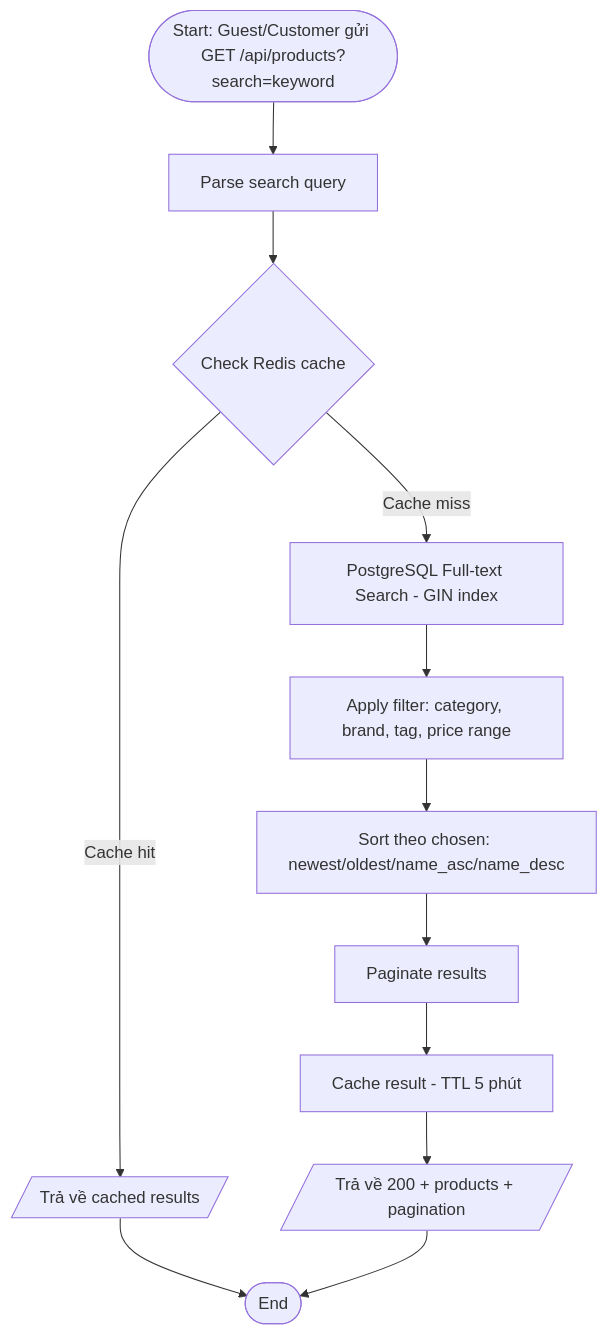
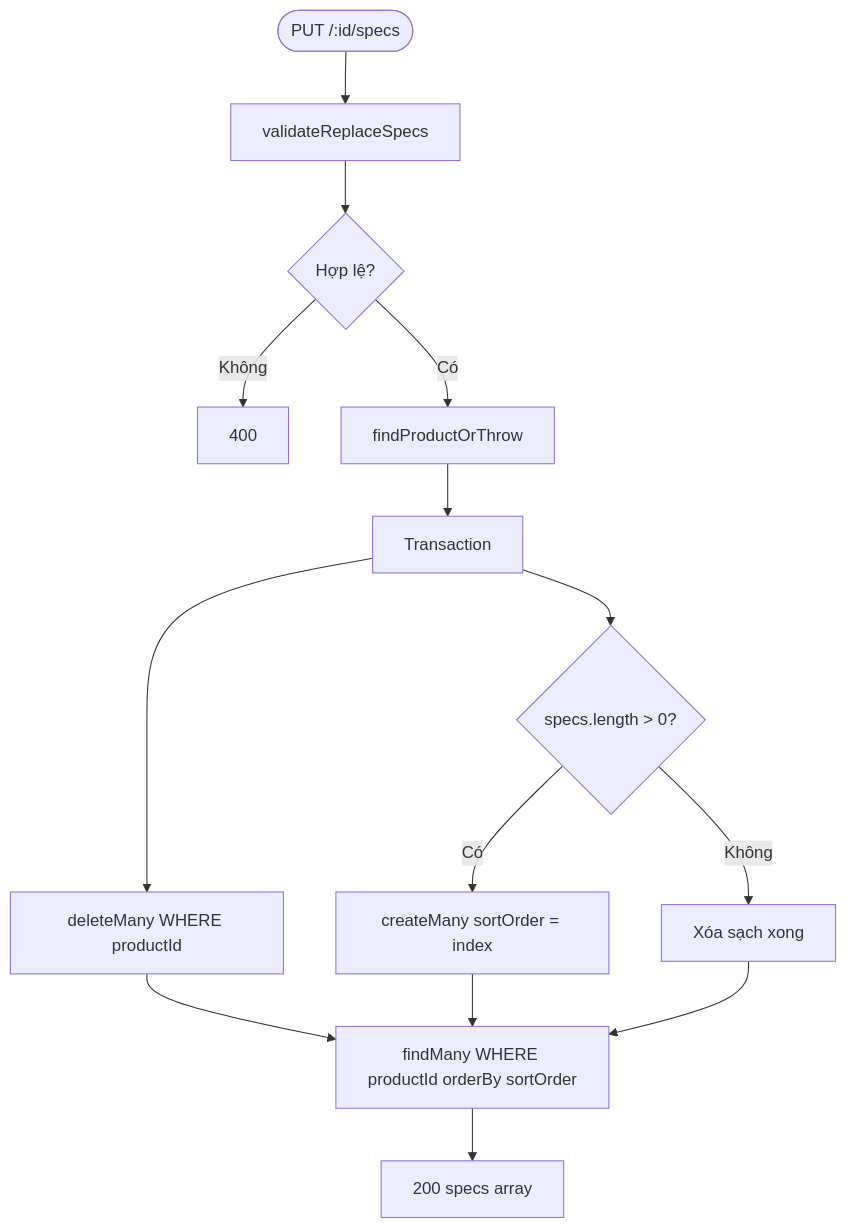
The seventh of 7 diagrams in docs/Product/ActivityDiagram.md (phamvinh203/mobivexa), drawn with Mermaid before and after one commit. The commit also changed other lines of this file and 79 other files, not shown here.

Commit message:
📜 Add documentation for Inventory and Favorite modules including Use Cases, API Specifications, and Activity Diagrams

````diff
--- a/docs/Product/ActivityDiagram.md
+++ b/docs/Product/ActivityDiagram.md
@@ -327,14 +122,16 @@
 ```mermaid
 flowchart TD
-    A([Start: Guest/Customer gửi GET /api/products?search=keyword]) --> B[Parse search query]
-    B --> C{Check Redis cache}
-    C -->|Cache hit| E[/Trả về cached results/]
-    C -->|Cache miss| D[PostgreSQL Full-text Search - GIN index]
-    D --> F[Apply filter: category, brand, tag, price range]
-    F --> G[Sort theo chosen: newest/oldest/name_asc/name_desc]
-    G --> H[Paginate results]
-    H --> I[Cache result - TTL 5 phút]
-    I --> J[/Trả về 200 + products + pagination/]
-    E --> Z([End])
-    J --> Z
+    A([PUT /:id/specs]) --> B[validateReplaceSpecs]
+    B --> C{Hợp lệ?}
+    C -- Không --> ERR1[400]
+    C -- Có --> D[findProductOrThrow]
+    D --> E[Transaction]
+    E --> E1[deleteMany WHERE productId]
+    E --> E2{specs.length > 0?}
+    E2 -- Có --> E3[createMany sortOrder = index]
+    E2 -- Không --> E4[Xóa sạch xong]
+    E1 --> F[findMany WHERE productId orderBy sortOrder]
+    E3 --> F
+    E4 --> F
+    F --> G[200 specs array]
 ```
````
